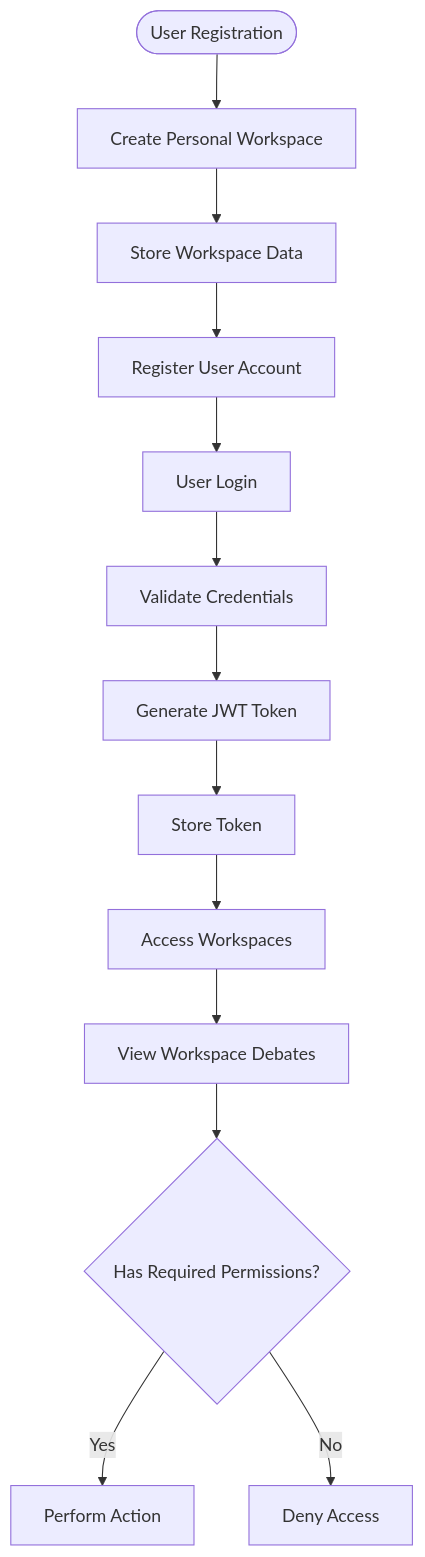
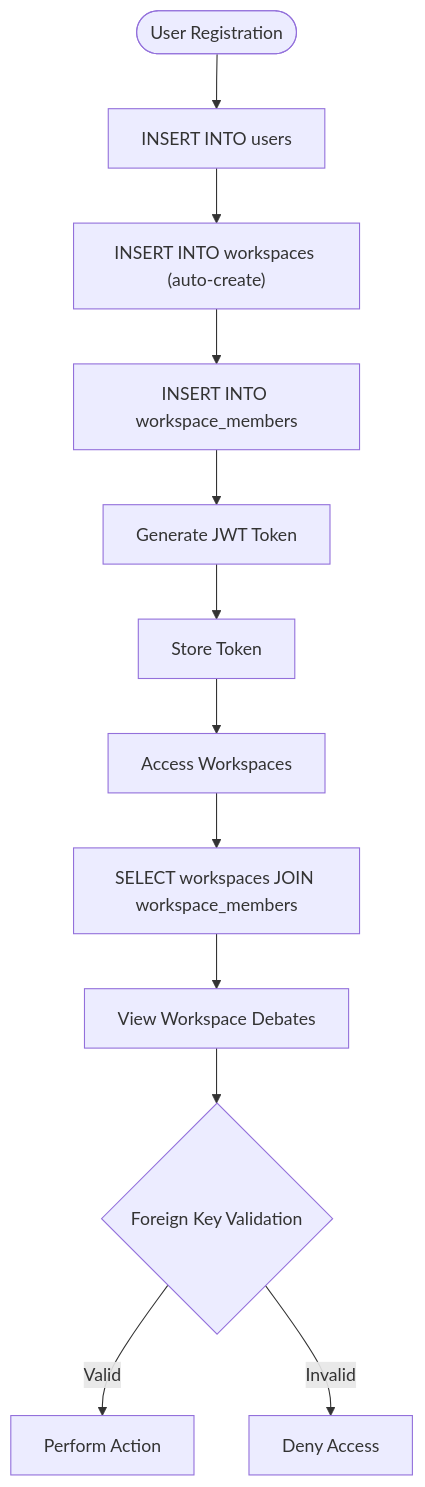
The fifth of 8 diagrams in .qoder/repowiki/en/content/Frontend Application/Workspace Management.md (RunTimeAdmin/tri-ai), drawn with Mermaid before and after one commit. The commit also changed other lines of this file and 40 other files, not shown here.

````diff
--- a/.qoder/repowiki/en/content/Frontend Application/Workspace Management.md
+++ b/.qoder/repowiki/en/content/Frontend Application/Workspace Management.md
@@ -215,15 +235,14 @@
 ```mermaid
 flowchart TD
-Start([User Registration]) --> CreateWorkspace["Create Personal Workspace"]
-CreateWorkspace --> StoreWorkspace["Store Workspace Data"]
-StoreWorkspace --> RegisterUser["Register User Account"]
-RegisterUser --> LoginUser["User Login"]
-LoginUser --> ValidateCredentials["Validate Credentials"]
-ValidateCredentials --> GenerateToken["Generate JWT Token"]
+Start([User Registration]) --> CreateUser["INSERT INTO users"]
+CreateUser --> CreateWorkspace["INSERT INTO workspaces (auto-create)"]
+CreateWorkspace --> AddMembership["INSERT INTO workspace_members"]
+AddMembership --> GenerateToken["Generate JWT Token"]
 GenerateToken --> StoreToken["Store Token"]
 StoreToken --> AccessWorkspaces["Access Workspaces"]
-AccessWorkspaces --> ViewDebates["View Workspace Debates"]
-ViewDebates --> ManageAccess{"Has Required Permissions?"}
-ManageAccess --> |Yes| PerformAction["Perform Action"]
-ManageAccess --> |No| DenyAccess["Deny Access"]
+AccessWorkspaces --> QueryWorkspaces["SELECT workspaces JOIN workspace_members"]
+QueryWorkspaces --> ViewDebates["View Workspace Debates"]
+ViewDebates --> ValidateMembership{"Foreign Key Validation"}
+ValidateMembership --> |Valid| PerformAction["Perform Action"]
+ValidateMembership --> |Invalid| DenyAccess["Deny Access"]
 ```
````
